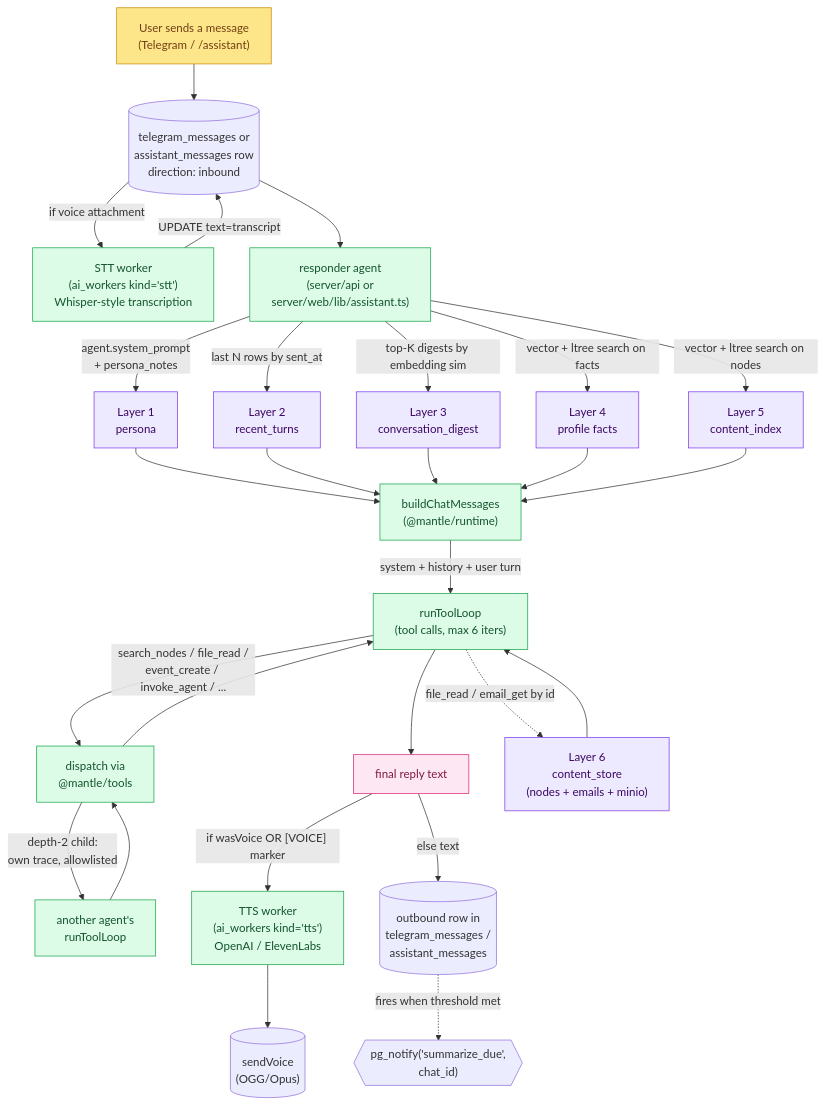
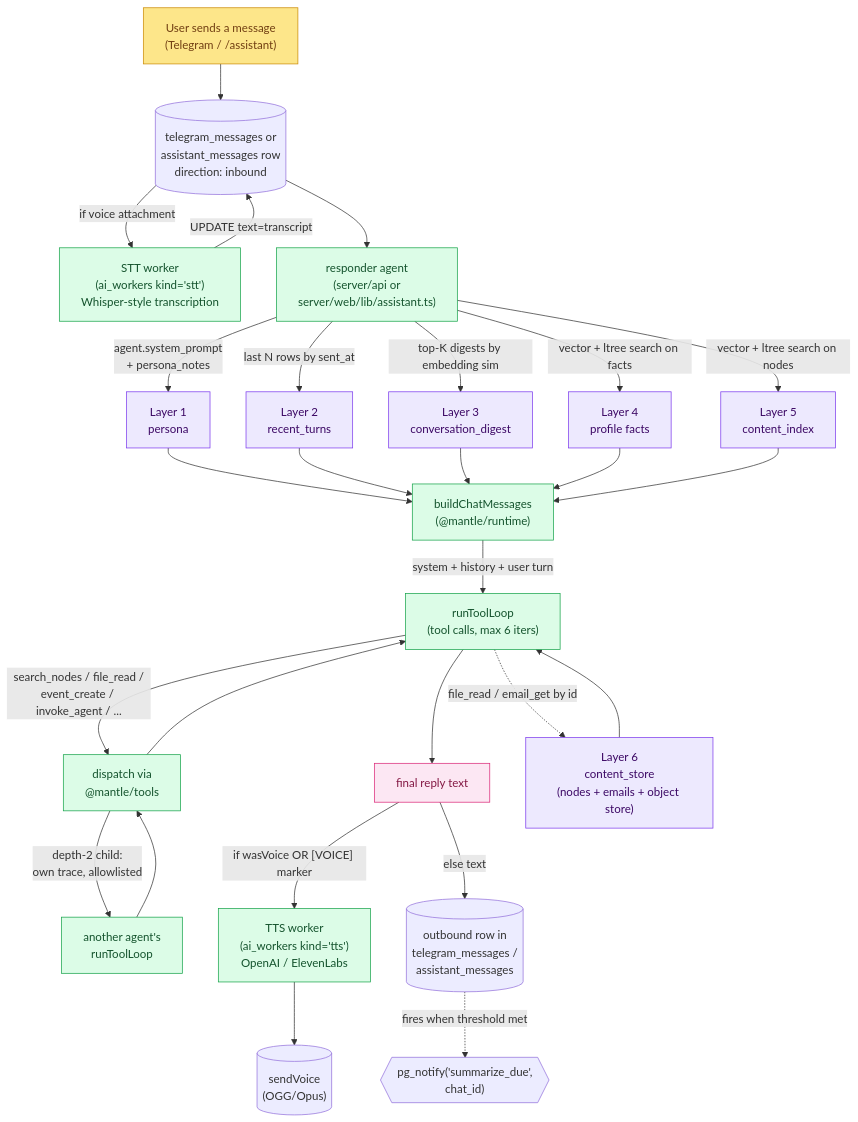
The second of 2 diagrams in docs/memory.md (crossworks-engineering/mantle), drawn with Mermaid before and after one commit. The commit also changed other lines of this file and 20 other files, not shown here.

First line of the commit message:
docs(objectstore): RustFS everywhere the docs said MinIO; deploy.md gains the object-store runbook

````diff
--- a/docs/memory.md
+++ b/docs/memory.md
@@ -139,47 +139,47 @@
 ```mermaid
 flowchart TD
     classDef user   fill:#fde68a,stroke:#ca8a04,color:#713f12
     classDef layer  fill:#ede9fe,stroke:#7c3aed,color:#3b0764
     classDef agent  fill:#dcfce7,stroke:#16a34a,color:#14532d
     classDef out    fill:#fce7f3,stroke:#db2777,color:#831843
 
     U["User sends a message<br/>(Telegram / /assistant)"]:::user
     U --> IN[("telegram_messages or<br/>assistant_messages row<br/>direction: inbound")]
 
     %% Voice messages route through STT before the responder sees them
     IN -- "if voice attachment" --> STT["STT worker<br/>(ai_workers kind='stt')<br/>Whisper-style transcription"]:::agent
     STT -- "UPDATE text=transcript" --> IN
 
     IN --> RESP["responder agent<br/>(server/api or<br/>server/web/lib/assistant.ts)"]:::agent
 
     RESP -- "agent.system_prompt<br/>+ persona_notes" --> L1["Layer 1<br/>persona"]:::layer
     RESP -- "last N rows by sent_at" --> L2["Layer 2<br/>recent_turns"]:::layer
     RESP -- "top-K digests by embedding sim" --> L3["Layer 3<br/>conversation_digest"]:::layer
     RESP -- "vector + ltree search on facts" --> L4["Layer 4<br/>profile facts"]:::layer
     RESP -- "vector + ltree search on nodes" --> L5["Layer 5<br/>content_index"]:::layer
 
     L1 --> ASSY["buildChatMessages<br/>(@mantle/runtime)"]:::agent
     L2 --> ASSY
     L3 --> ASSY
     L4 --> ASSY
     L5 --> ASSY
 
     ASSY -- "system + history + user turn" --> LOOP["runToolLoop<br/>(tool calls, max 6 iters)"]:::agent
 
     LOOP -- "search_nodes / file_read /<br/>event_create / invoke_agent / ..." --> TOOLS["dispatch via<br/>@mantle/tools"]:::agent
     TOOLS -- "depth-2 child:<br/>own trace, allowlisted" --> CHILD["another agent's<br/>runToolLoop"]:::agent
     CHILD --> TOOLS
     TOOLS --> LOOP
 
     LOOP --> REPLY["final reply text"]:::out
 
     %% Outbound voice — TTS when user voice-messaged us or LLM emitted [VOICE]
     REPLY -- "if wasVoice OR [VOICE] marker" --> TTS["TTS worker<br/>(ai_workers kind='tts')<br/>OpenAI / ElevenLabs"]:::agent
     TTS --> OUTV[("sendVoice<br/>(OGG/Opus)")]
     REPLY -- "else text" --> OUT[("outbound row in<br/>telegram_messages /<br/>assistant_messages")]
     OUT -. fires when threshold met .-> SD{{"pg_notify('summarize_due',<br/>chat_id)"}}
 
     %% Tier 6 fetch when full body needed
-    LOOP -. "file_read / email_get by id" .-> L6["Layer 6<br/>content_store<br/>(nodes + emails + minio)"]:::layer
+    LOOP -. "file_read / email_get by id" .-> L6["Layer 6<br/>content_store<br/>(nodes + emails + object store)"]:::layer
     L6 --> LOOP
 ```
````
